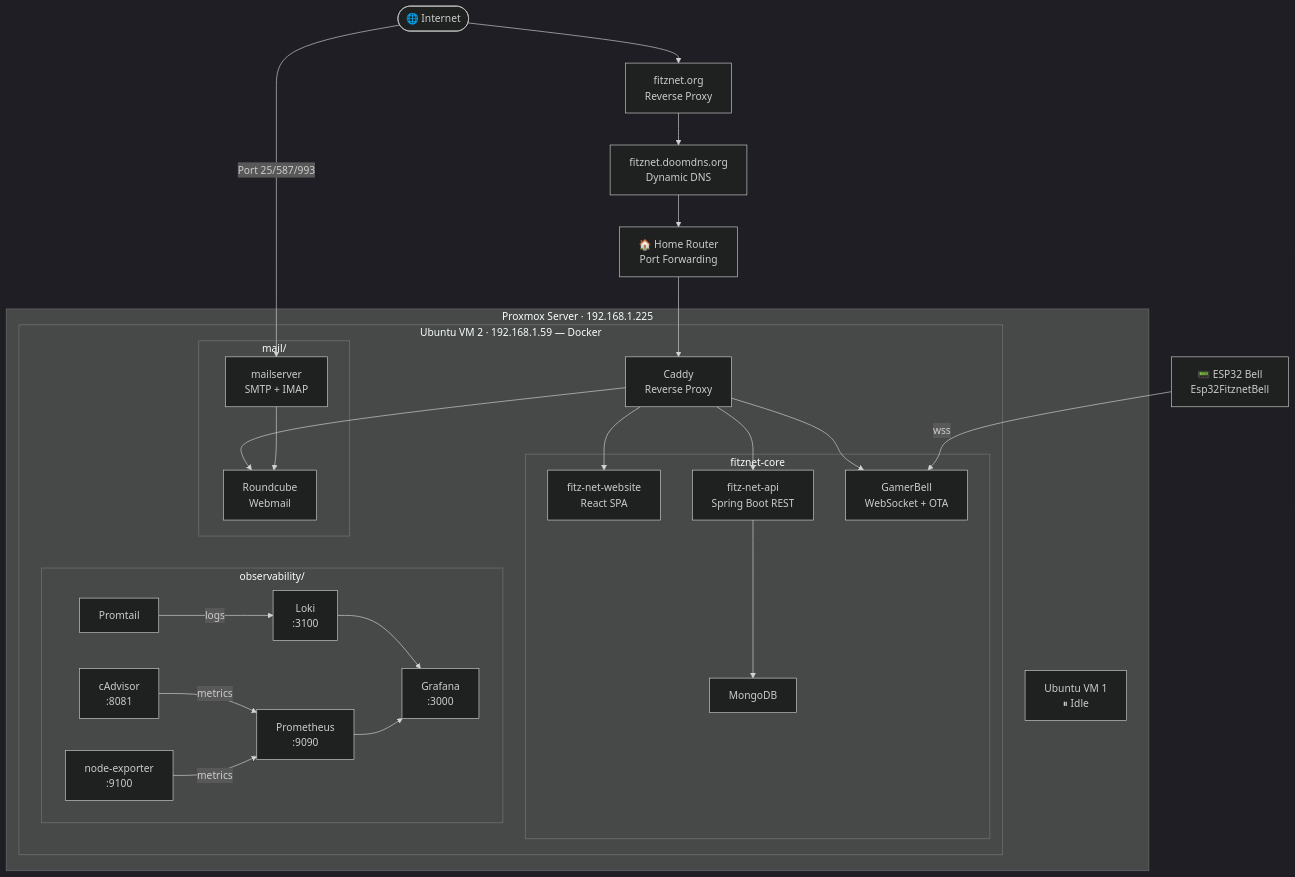
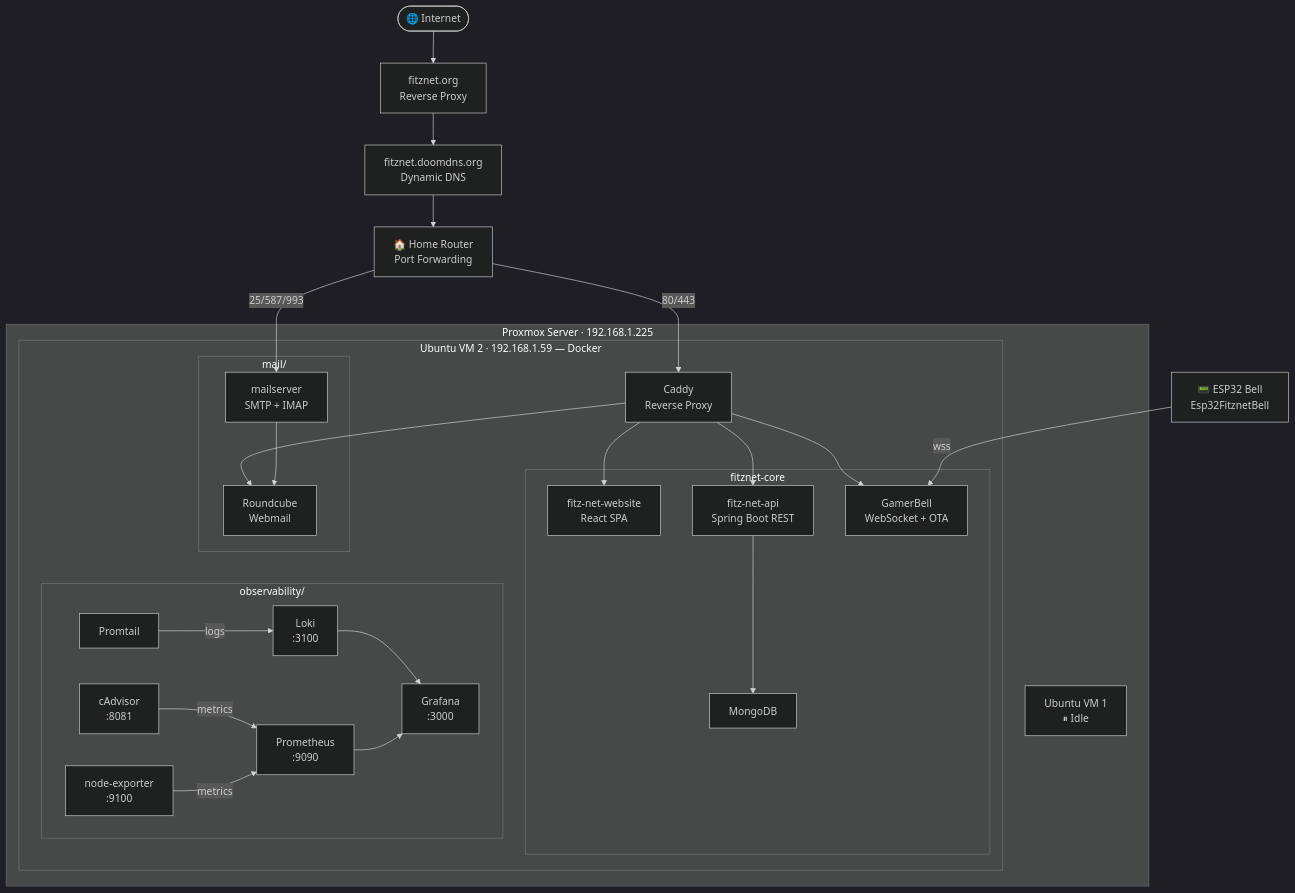
One commit to mattlol85/Fitz-Net changed the first of 2 diagrams in README.md. Above: the diagram before and after it, drawn with Mermaid (dark theme).

Commit message:
fix(docs): correct infra diagram — mail ports route through router, not direct
Port 25/587/993 go through the home router like all other traffic.
The router port-forwards them directly to mailserver (bypassing Caddy),
while 80/443 are forwarded to Caddy. Diagram now shows both correctly.

````diff
--- a/README.md
+++ b/README.md
@@ -89,54 +89,55 @@
 ```mermaid
 graph TD
     Internet(["🌐 Internet"])
     FitznetOrg["fitznet.org\nReverse Proxy"]
     DNS["fitznet.doomdns.org\nDynamic DNS"]
     Router["🏠 Home Router\nPort Forwarding"]
 
     subgraph Proxmox["Proxmox Server · 192.168.1.225"]
         VM1["Ubuntu VM 1\n⏸ Idle"]
 
         subgraph VM2["Ubuntu VM 2 · 192.168.1.59 — Docker"]
             Caddy["Caddy\nReverse Proxy"]
 
             subgraph Core["fitznet-core"]
                 Website["fitz-net-website\nReact SPA"]
                 API["fitz-net-api\nSpring Boot REST"]
                 Bell["GamerBell\nWebSocket + OTA"]
                 Mongo["MongoDB"]
             end
 
             subgraph Mail["mail/"]
                 MailServer["mailserver\nSMTP + IMAP"]
                 Roundcube["Roundcube\nWebmail"]
             end
 
             subgraph Obs["observability/"]
                 Grafana["Grafana\n:3000"]
                 Prometheus["Prometheus\n:9090"]
                 Loki["Loki\n:3100"]
                 Promtail["Promtail"]
                 CAdvisor["cAdvisor\n:8081"]
                 NodeExp["node-exporter\n:9100"]
             end
         end
     end
 
     ESP32["📟 ESP32 Bell\nEsp32FitznetBell"]
 
-    Internet --> FitznetOrg --> DNS --> Router --> Caddy
-    Internet -->|"Port 25/587/993"| MailServer
+    Internet --> FitznetOrg --> DNS --> Router
+    Router -->|"80/443"| Caddy
+    Router -->|"25/587/993"| MailServer
     Caddy --> Website
     Caddy --> API
     Caddy --> Bell
     Caddy --> Roundcube
     API --> Mongo
     MailServer --> Roundcube
     ESP32 -->|"wss"| Bell
 
     Promtail -->|"logs"| Loki
     CAdvisor -->|"metrics"| Prometheus
     NodeExp -->|"metrics"| Prometheus
     Loki --> Grafana
     Prometheus --> Grafana
 ```
````
